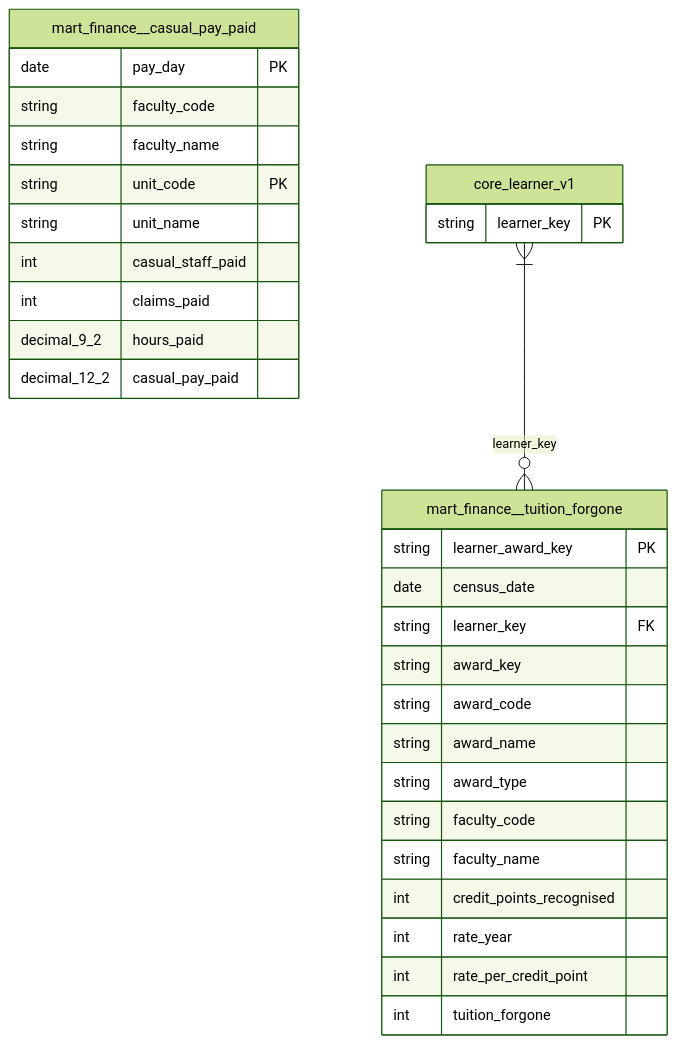
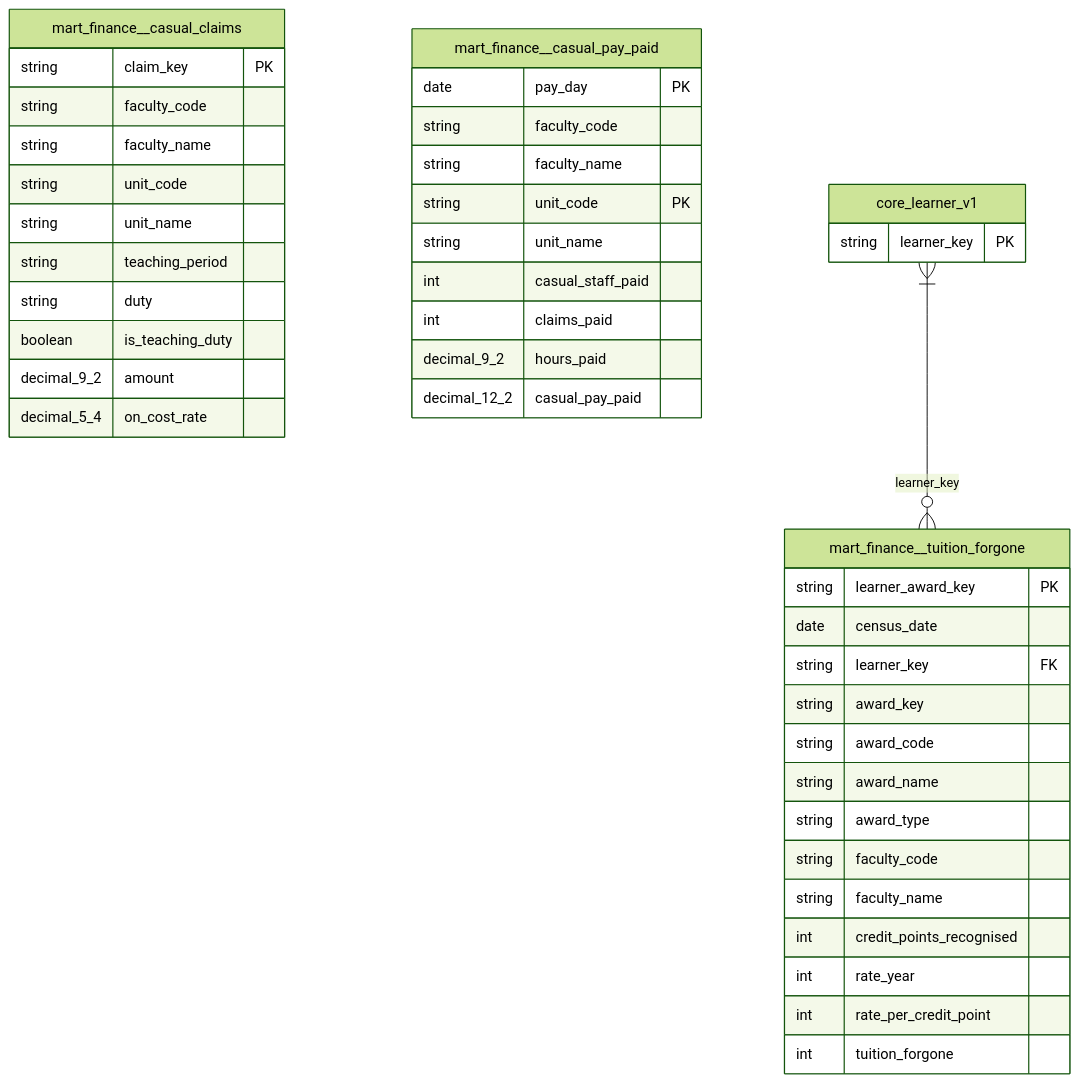
Before and after one commit to roanboc/learning-data: the diagram in films/analytics-engineering/project/models/marts/finance/_finance__physical.md, drawn with Mermaid (forest theme). The commit also changed other lines of this file and 77 other files, not shown here.

````diff
--- a/films/analytics-engineering/project/models/marts/finance/_finance__physical.md
+++ b/films/analytics-engineering/project/models/marts/finance/_finance__physical.md
@@ -7,33 +7,45 @@
 ```mermaid
 erDiagram
+    mart_finance__casual_claims {
+        string claim_key PK
+        string faculty_code
+        string faculty_name
+        string unit_code
+        string unit_name
+        string teaching_period
+        string duty
+        boolean is_teaching_duty
+        decimal_9_2 amount
+        decimal_5_4 on_cost_rate
+    }
     mart_finance__casual_pay_paid {
         date pay_day PK
         string faculty_code
         string faculty_name
         string unit_code PK
         string unit_name
         int casual_staff_paid
         int claims_paid
         decimal_9_2 hours_paid
         decimal_12_2 casual_pay_paid
     }
     mart_finance__tuition_forgone {
         string learner_award_key PK
         date census_date
         string learner_key FK
         string award_key
         string award_code
         string award_name
         string award_type
         string faculty_code
         string faculty_name
         int credit_points_recognised
         int rate_year
         int rate_per_credit_point
         int tuition_forgone
     }
     core_learner_v1 {
         string learner_key PK
     }
     core_learner_v1 }|--o{ mart_finance__tuition_forgone : "learner_key"
 ```
````
